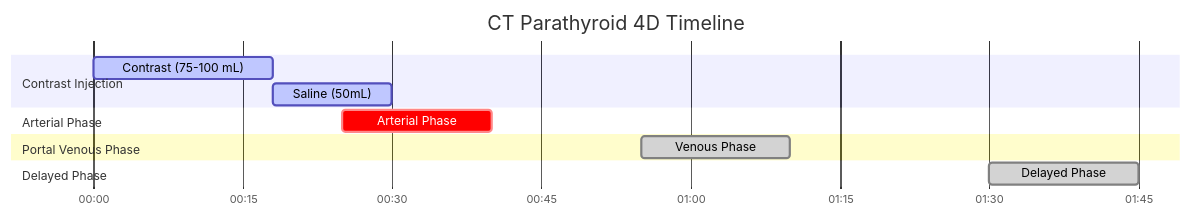
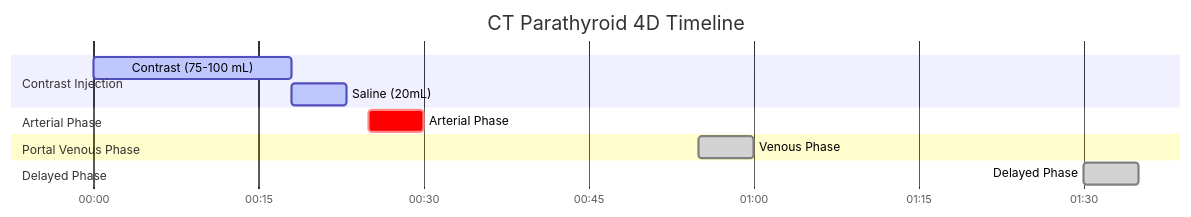
Before and after one commit to dfergs93/radiology-protocols: the diagram in docs/ct/neuro/ct-parathyroid-4d.md, drawn with Mermaid. The commit also changed other lines of this file and 113 other files, not shown here.

````diff
--- a/docs/ct/neuro/ct-parathyroid-4d.md
+++ b/docs/ct/neuro/ct-parathyroid-4d.md
@@ -85,20 +86,20 @@
   ```mermaid
   ---
   config:
     theme: default
   ---
     gantt
       title CT Parathyroid 4D Timeline
       dateFormat mm:ss
       axisFormat %M:%S 
       
       section Contrast Injection
       Contrast (75-100 mL)    :active, contrast, 00:00, 18s
-      Saline (50mL)          :active, saline, after contrast, 12s
+      Saline (20mL)          :active, saline, after contrast, 5s
       section Arterial Phase
-      Arterial Phase    :crit, scan1, 00:25, 15s
+      Arterial Phase    :crit, scan1, 00:25, 5s
       section Portal Venous Phase
-      Venous Phase    :done, scan2, 00:55, 15s
+      Venous Phase    :done, scan2, 00:55, 5s
       section Delayed Phase
-      Delayed Phase    :done, scan3, 01:30, 15s
+      Delayed Phase    :done, scan3, 01:30, 5s
   ```
````
